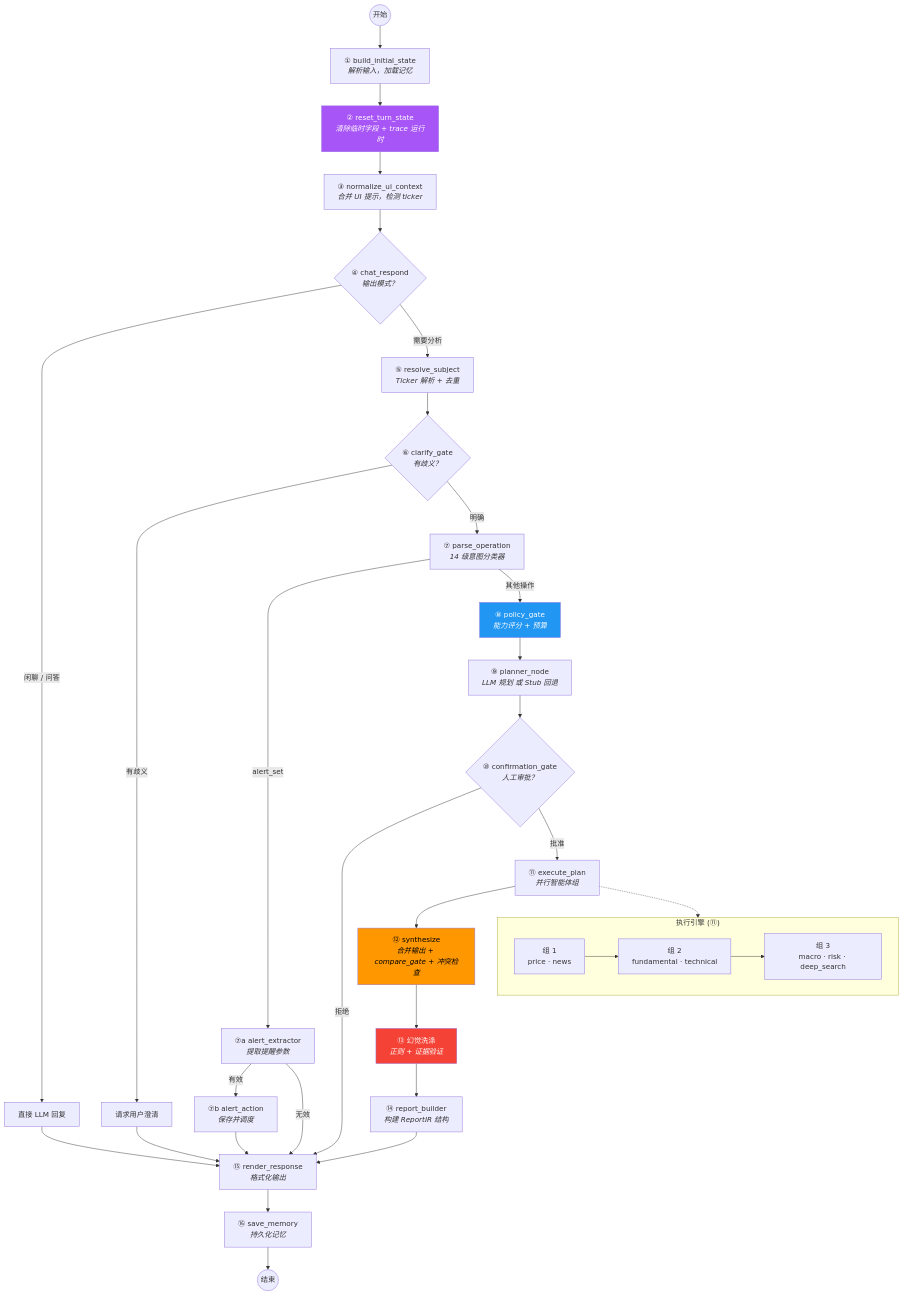
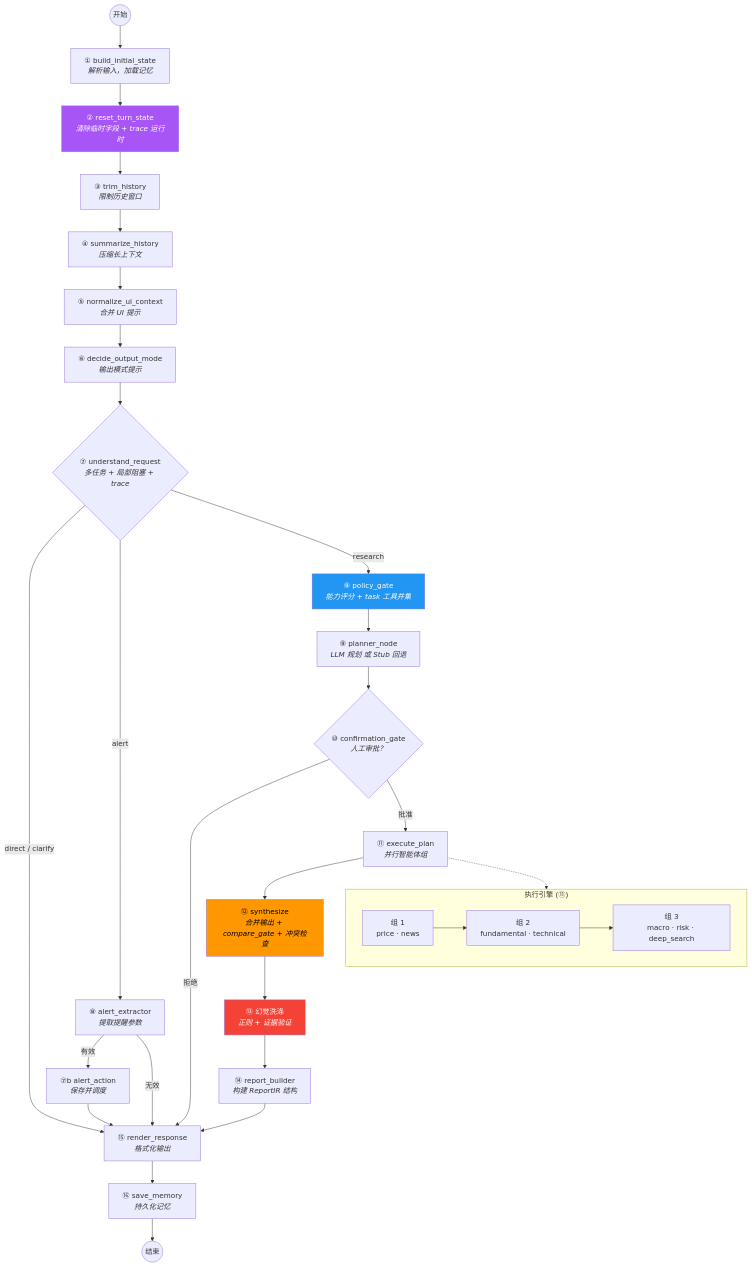
One commit to kkkano/FinSight changed the second of 7 diagrams in readme_cn.md. Above: the diagram before and after it, drawn with Mermaid. The commit also changed other lines of this file and 14 other files, not shown here.

````diff
--- a/readme_cn.md
+++ b/readme_cn.md
@@ -251,47 +252,42 @@
 ```mermaid
 flowchart TD
     START((开始)) --> INIT["① build_initial_state<br/><i>解析输入，加载记忆</i>"]
     INIT --> RESET["② reset_turn_state<br/><i>清除临时字段 + trace 运行时</i>"]
-    RESET --> CTX["③ normalize_ui_context<br/><i>合并 UI 提示，检测 ticker</i>"]
-    CTX --> MODE{"④ chat_respond<br/><i>输出模式？</i>"}
+    RESET --> TRIM["③ trim_history<br/><i>限制历史窗口</i>"]
+    TRIM --> SUMMARY["④ summarize_history<br/><i>压缩长上下文</i>"]
+    SUMMARY --> CTX["⑤ normalize_ui_context<br/><i>合并 UI 提示</i>"]
+    CTX --> MODE["⑥ decide_output_mode<br/><i>输出模式提示</i>"]
+    MODE --> UNDERSTAND{"⑦ understand_request<br/><i>多任务 + 局部阻塞 + trace</i>"}
 
-    MODE -->|"闲聊 / 问答"| CHAT_END["直接 LLM 回复"]
-    CHAT_END --> RENDER
-    MODE -->|"需要分析"| SUBJ["⑤ resolve_subject<br/><i>Ticker 解析 + 去重</i>"]
-
-    SUBJ --> CLARIFY{"⑥ clarify_gate<br/><i>有歧义？</i>"}
-    CLARIFY -->|"有歧义"| ASK["请求用户澄清"]
-    ASK --> RENDER
-    CLARIFY -->|"明确"| PARSE["⑦ parse_operation<br/><i>14 级意图分类器</i>"]
-
-    PARSE -->|"alert_set"| ALERT_EX["⑦a alert_extractor<br/><i>提取提醒参数</i>"]
+    UNDERSTAND -->|"direct / clarify"| RENDER
+    UNDERSTAND -->|"alert"| ALERT_EX["⑧ alert_extractor<br/><i>提取提醒参数</i>"]
     ALERT_EX -->|"有效"| ALERT_ACT["⑦b alert_action<br/><i>保存并调度</i>"]
     ALERT_EX -->|"无效"| RENDER
     ALERT_ACT --> RENDER
-    PARSE -->|"其他操作"| POLICY["⑧ policy_gate<br/><i>能力评分 + 预算</i>"]
+    UNDERSTAND -->|"research"| POLICY["⑨ policy_gate<br/><i>能力评分 + task 工具并集</i>"]
     POLICY --> PLAN["⑨ planner_node<br/><i>LLM 规划 或 Stub 回退</i>"]
 
     PLAN --> CONFIRM{"⑩ confirmation_gate<br/><i>人工审批？</i>"}
     CONFIRM -->|"拒绝"| RENDER
     CONFIRM -->|"批准"| EXEC["⑪ execute_plan<br/><i>并行智能体组</i>"]
 
     EXEC --> SYNTH["⑫ synthesize<br/><i>合并输出 + compare_gate + 冲突检查</i>"]
     SYNTH --> SCRUB["⑬ 幻觉洗涤<br/><i>正则 + 证据验证</i>"]
     SCRUB --> BUILD["⑭ report_builder<br/><i>构建 ReportIR 结构</i>"]
     BUILD --> RENDER["⑮ render_response<br/><i>格式化输出</i>"]
     RENDER --> SAVE["⑯ save_memory<br/><i>持久化记忆</i>"]
     SAVE --> END((结束))
 
     subgraph "执行引擎 (⑪)"
         direction LR
         EG1["组 1<br/>price · news"] --> EG2["组 2<br/>fundamental · technical"]
         EG2 --> EG3["组 3<br/>macro · risk · deep_search"]
     end
 
     EXEC -.-> EG1
 
     style RESET fill:#a855f7,color:#fff
     style SYNTH fill:#ff9800,color:#000
     style SCRUB fill:#f44336,color:#fff
     style POLICY fill:#2196f3,color:#fff
 ```
````
